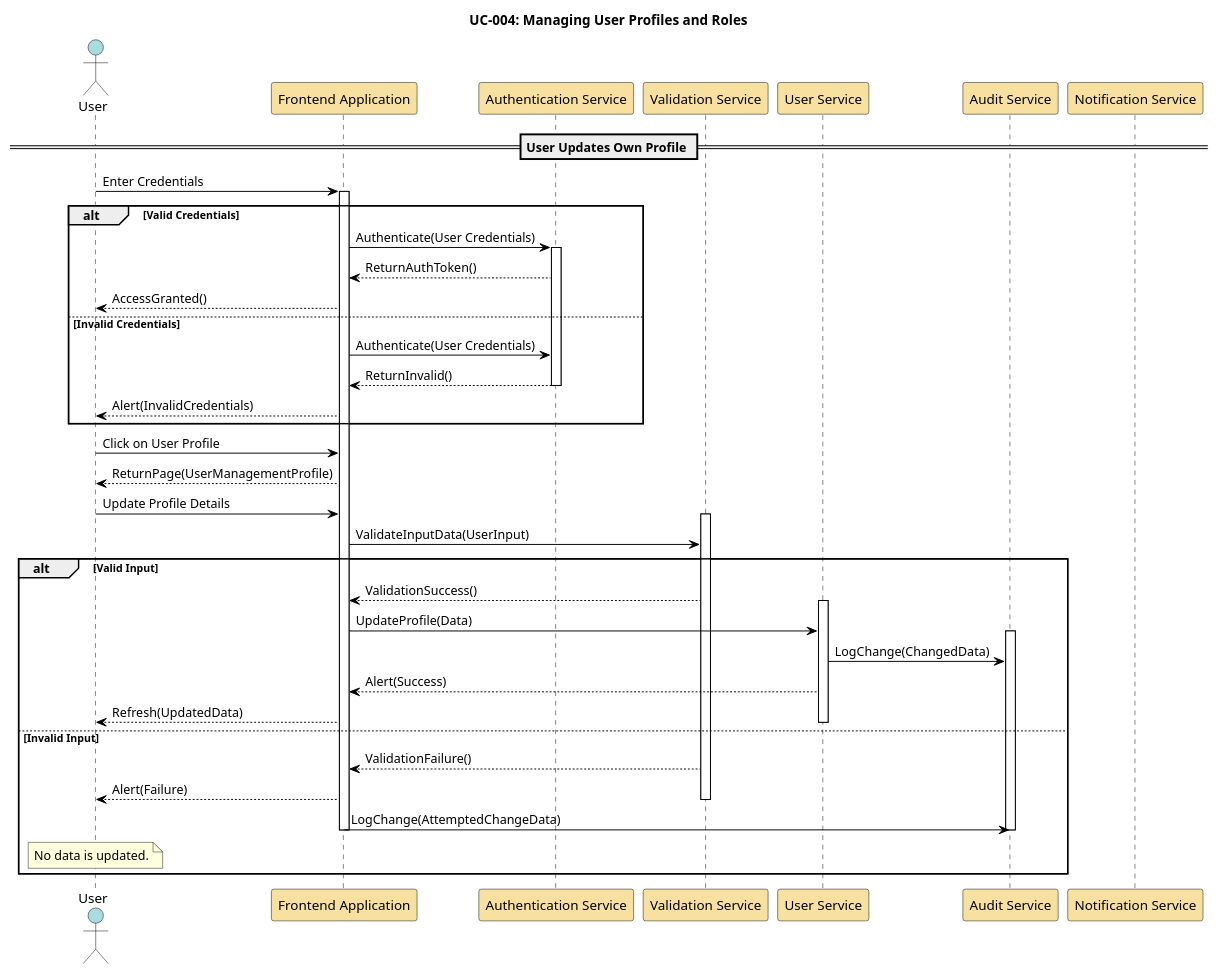
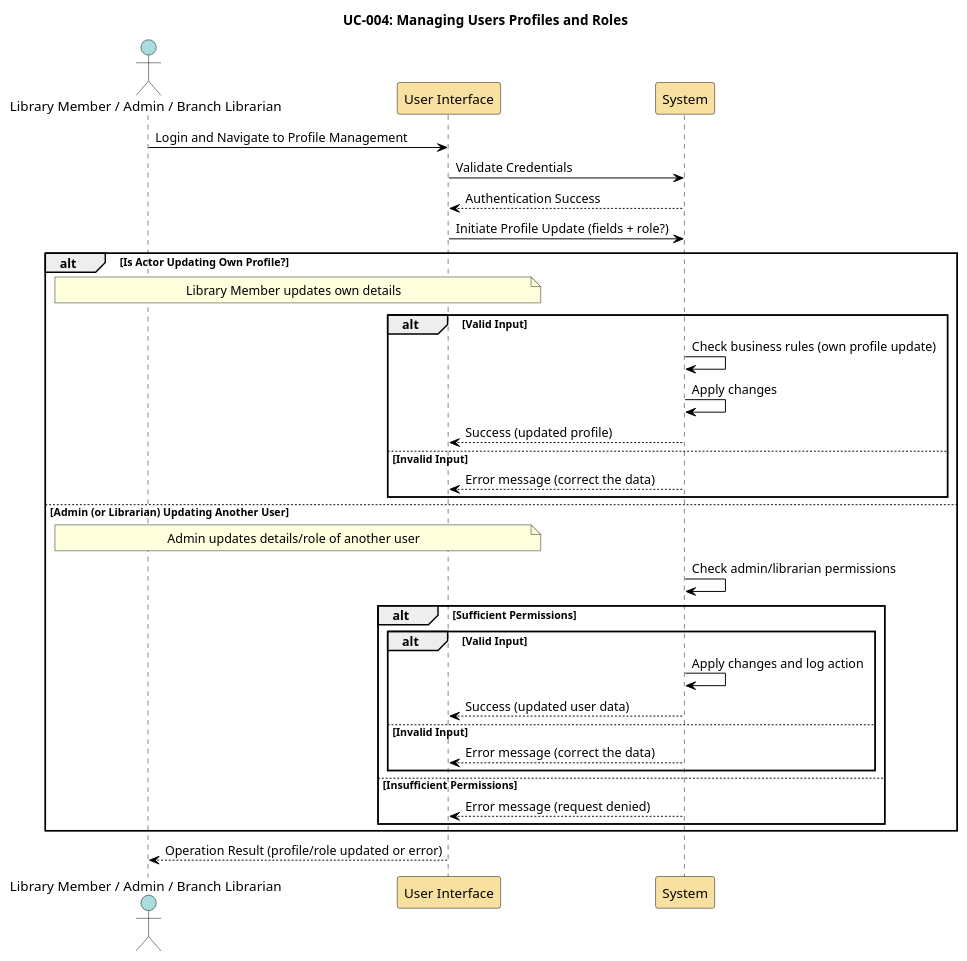
Before and after one commit to Nox-iv/group-11: the diagram in diagrams/uml-sequence/profile-management/user-profile-manage.puml, drawn with PlantUML. The commit also changed 5 other files, not shown here.

Commit message:
scaling and profile management level 4

```diff
--- a/diagrams/uml-sequence/profile-management/user-profile-manage.puml
+++ b/diagrams/uml-sequence/profile-management/user-profile-manage.puml
@@ -1,73 +1,54 @@
 @startuml
-' Define skin parameters for styling
 skinparam sequence {
-    ActorBorderColor Black
-    ActorBackgroundColor #A9DCDF
-    ParticipantBorderColor Black
-    ParticipantBackgroundColor #F8E1A0
-    LifeLineBorderColor Black
-    LifeLineBackgroundColor White
-    NoteBorderColor Black
-    NoteBackgroundColor #FEFECE
-    ArrowColor Black
-    ArrowThickness 1
-    ActivationBorderColor Black
-    ActivationBackgroundColor #B3E2CD
+  ActorBorderColor Black
+  ActorBackgroundColor #A9DCDF
+  ParticipantBorderColor Black
+  ParticipantBackgroundColor #F8E1A0
+  LifeLineBorderColor Black
+  LifeLineBackgroundColor White
+  NoteBorderColor Black
+  NoteBackgroundColor #FEFECE
+  ArrowColor Black
+  ArrowThickness 1
+  ActivationBorderColor Black
+  ActivationBackgroundColor #B3E2CD
 }
 
-title UC-004: Managing User Profiles and Roles
+title UC-004: Managing Users Profiles and Roles
 
-' Define actors and participants
-actor User #A9DCDF
-participant "Frontend Application" as FrontendApp #F8E1A0
-participant "Authentication Service" as AuthService #F8E1A0
-participant "Validation Service" as ValidationService #F8E1A0
-participant "User Service" as UserService #F8E1A0
-participant "Audit Service" as AuditService #F8E1A0
-participant "Notification Service" as NotificationService #F8E1A0
+actor "Library Member / Admin / Branch Librarian" as Actor
+participant "User Interface" as UI
+participant "System" as SYS
 
-== User Updates Own Profile ==
+Actor -> UI: Login and Navigate to Profile Management
+UI -> SYS: Validate Credentials
+SYS --> UI: Authentication Success
 
-User -> FrontendApp: Enter Credentials
-activate FrontendApp
-alt Valid Credentials
-    FrontendApp -> AuthService: Authenticate(User Credentials)
-    activate AuthService
-    AuthService --> FrontendApp: ReturnAuthToken()
-    FrontendApp --> User: AccessGranted()
-else Invalid Credentials
-    FrontendApp -> AuthService: Authenticate(User Credentials)
-    AuthService --> FrontendApp: ReturnInvalid()
-    deactivate AuthService
-    FrontendApp --> User: Alert(InvalidCredentials)
+UI -> SYS: Initiate Profile Update (fields + role?)
+alt Is Actor Updating Own Profile?
+  note over Actor,UI: Library Member updates own details
+  alt Valid Input
+    SYS -> SYS: Check business rules (own profile update)
+    SYS -> SYS: Apply changes
+    SYS --> UI: Success (updated profile)
+  else Invalid Input
+    SYS --> UI: Error message (correct the data)
+  end
+else Admin (or Librarian) Updating Another User
+  note over Actor,UI: Admin updates details/role of another user
+  SYS -> SYS: Check admin/librarian permissions
+  alt Sufficient Permissions
+    alt Valid Input
+      SYS -> SYS: Apply changes and log action
+      SYS --> UI: Success (updated user data)
+    else Invalid Input
+      SYS --> UI: Error message (correct the data)
+    end
+  else Insufficient Permissions
+    SYS --> UI: Error message (request denied)
+  end
 end
 
-User -> FrontendApp: Click on User Profile
-FrontendApp --> User: ReturnPage(UserManagementProfile)
-User -> FrontendApp: Update Profile Details
-activate ValidationService
-FrontendApp -> ValidationService: ValidateInputData(UserInput)
-
-alt Valid Input
-    ValidationService --> FrontendApp: ValidationSuccess()
-    activate UserService
-    FrontendApp -> UserService: UpdateProfile(Data)
-    activate AuditService
-    UserService -> AuditService: LogChange(ChangedData)
-    UserService --> FrontendApp: Alert(Success)
-    
-    FrontendApp --> User: Refresh(UpdatedData)
-    deactivate UserService
-else Invalid Input
-    ValidationService --> FrontendApp: ValidationFailure()
-    FrontendApp --> User: Alert(Failure)
-    deactivate ValidationService
-    FrontendApp -> AuditService: LogChange(AttemptedChangeData)
-    note over User
-    No data is updated.
-    end note
-    deactivate AuditService
-    deactivate FrontendApp
-end
+UI --> Actor: Operation Result (profile/role updated or error)
 
 @enduml
```
